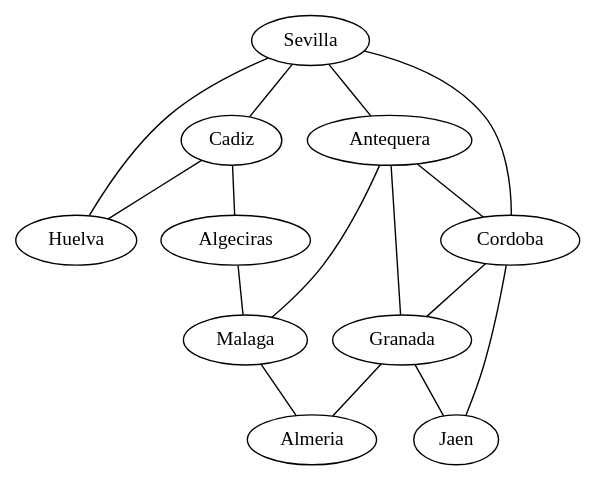
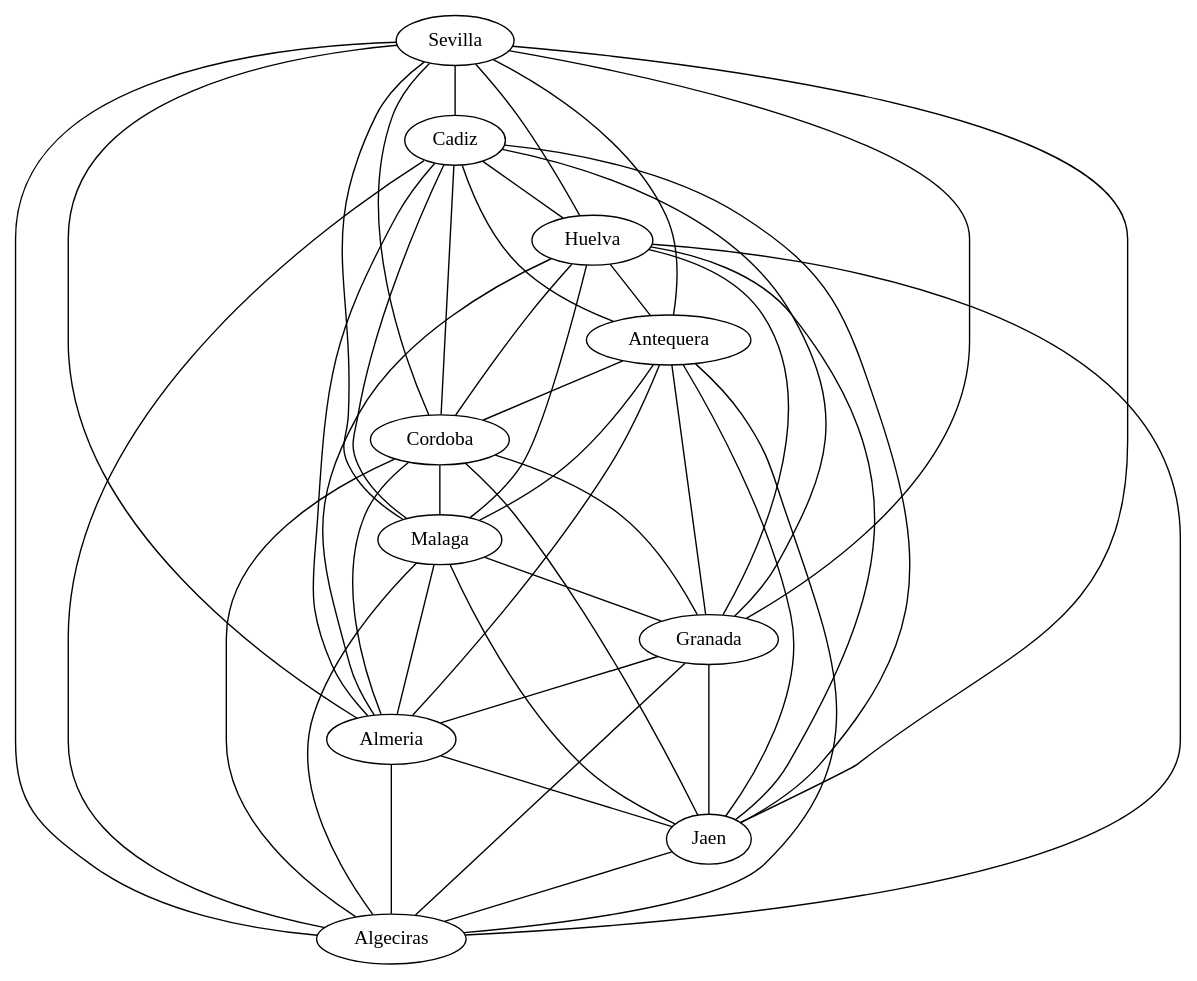
Before and after one commit to migueltoro/ada_v2_18: the diagram in java/EjemplosAlgoritmos/ficheros/tourAndalucia1.gv, drawn with Graphviz. The commit also changed 321 other files, not shown here.

```diff
--- a/java/EjemplosAlgoritmos/ficheros/tourAndalucia1.gv
+++ b/java/EjemplosAlgoritmos/ficheros/tourAndalucia1.gv
@@ -1,27 +1,57 @@
 strict graph G {
   Sevilla;
   Cadiz;
   Huelva;
   Cordoba;
   Malaga;
   Antequera;
   Almeria;
   Granada;
   Jaen;
   Algeciras;
   Cadiz -- Huelva;
   Sevilla -- Huelva;
   Sevilla -- Cordoba;
   Sevilla -- Cadiz;
   Sevilla -- Antequera;
   Antequera -- Granada;
   Antequera -- Malaga;
   Antequera -- Cordoba;
   Malaga -- Almeria;
   Cordoba -- Jaen;
   Cordoba -- Granada;
   Granada -- Almeria;
   Granada -- Jaen;
   Cadiz -- Algeciras;
   Algeciras -- Malaga;
+  Sevilla -- Malaga;
+  Sevilla -- Almeria;
+  Sevilla -- Granada;
+  Sevilla -- Jaen;
+  Sevilla -- Algeciras;
+  Cadiz -- Cordoba;
+  Cadiz -- Malaga;
+  Cadiz -- Antequera;
+  Cadiz -- Almeria;
+  Cadiz -- Granada;
+  Cadiz -- Jaen;
+  Huelva -- Cordoba;
+  Huelva -- Malaga;
+  Huelva -- Antequera;
+  Huelva -- Almeria;
+  Huelva -- Granada;
+  Huelva -- Jaen;
+  Huelva -- Algeciras;
+  Cordoba -- Malaga;
+  Cordoba -- Almeria;
+  Cordoba -- Algeciras;
+  Malaga -- Granada;
+  Malaga -- Jaen;
+  Antequera -- Almeria;
+  Antequera -- Jaen;
+  Antequera -- Algeciras;
+  Almeria -- Jaen;
+  Almeria -- Algeciras;
+  Granada -- Algeciras;
+  Jaen -- Algeciras;
 }
```
